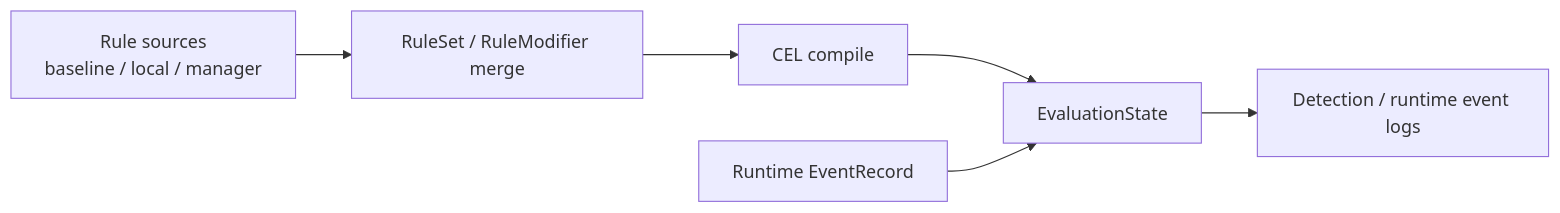
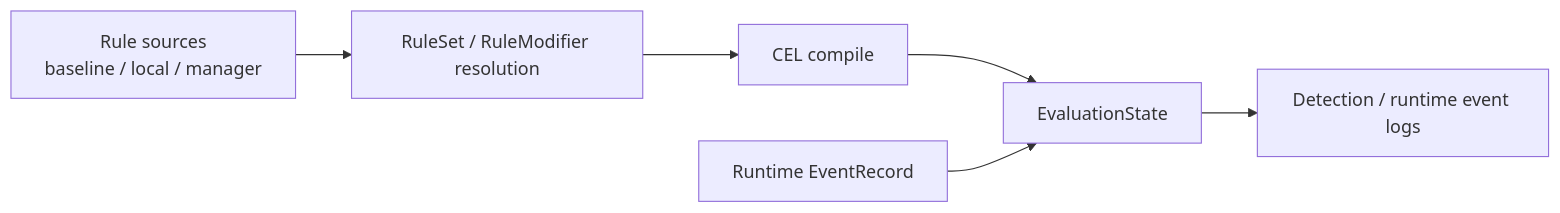
Before and after one commit to cicd-sensor/cicd-sensor: the diagram in docs/developer-guide/rule-engine.md, drawn with Mermaid. The commit also changed other lines of this file and 42 other files, not shown here.

````diff
--- a/docs/developer-guide/rule-engine.md
+++ b/docs/developer-guide/rule-engine.md
@@ -10,12 +10,12 @@
 ```mermaid
 flowchart LR
     SRC["Rule sources<br/>baseline / local / manager"]
-    MERGE["RuleSet / RuleModifier merge"]
+    RESOLVE["RuleSet / RuleModifier resolution"]
     COMPILE["CEL compile"]
     EVAL["EvaluationState"]
     EVENT["Runtime EventRecord"]
     LOGS["Detection / runtime event logs"]
 
-    SRC --> MERGE --> COMPILE --> EVAL
+    SRC --> RESOLVE --> COMPILE --> EVAL
     EVENT --> EVAL --> LOGS
 ```
````
